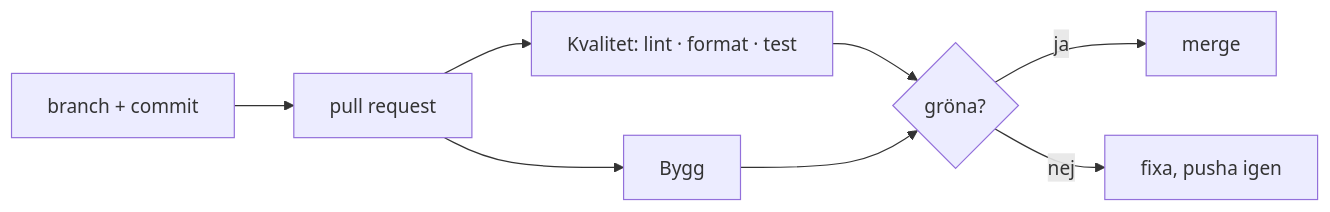
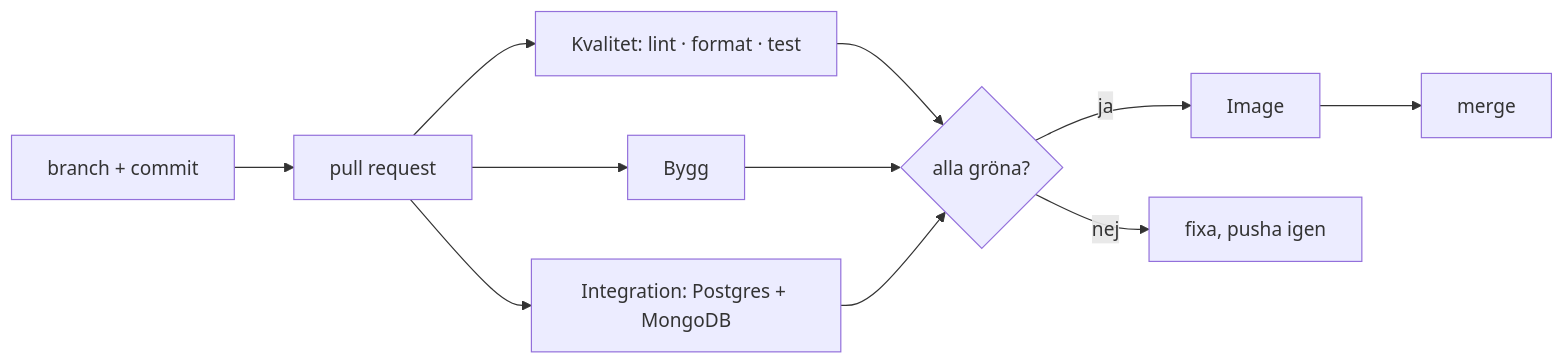
One commit to 1sa1asdev/Hasta-la-vue-lta changed the diagram in docs/pipeline.md. Above: the diagram before and after it, drawn with Mermaid. The commit also changed other lines of this file and 4 other files, not shown here.

````diff
--- a/docs/pipeline.md
+++ b/docs/pipeline.md
@@ -5,10 +5,13 @@
 ```mermaid
 flowchart LR
   B[branch + commit] --> PR[pull request]
   PR --> Q[Kvalitet: lint · format · test]
   PR --> BU[Bygg]
-  Q --> S{gröna?}
+  PR --> I[Integration: Postgres + MongoDB]
+  Q --> S{alla gröna?}
   BU --> S
-  S -->|ja| M[merge]
+  I --> S
+  S -->|ja| IM[Image]
+  IM --> M[merge]
   S -->|nej| F[fixa, pusha igen]
 ```
````
